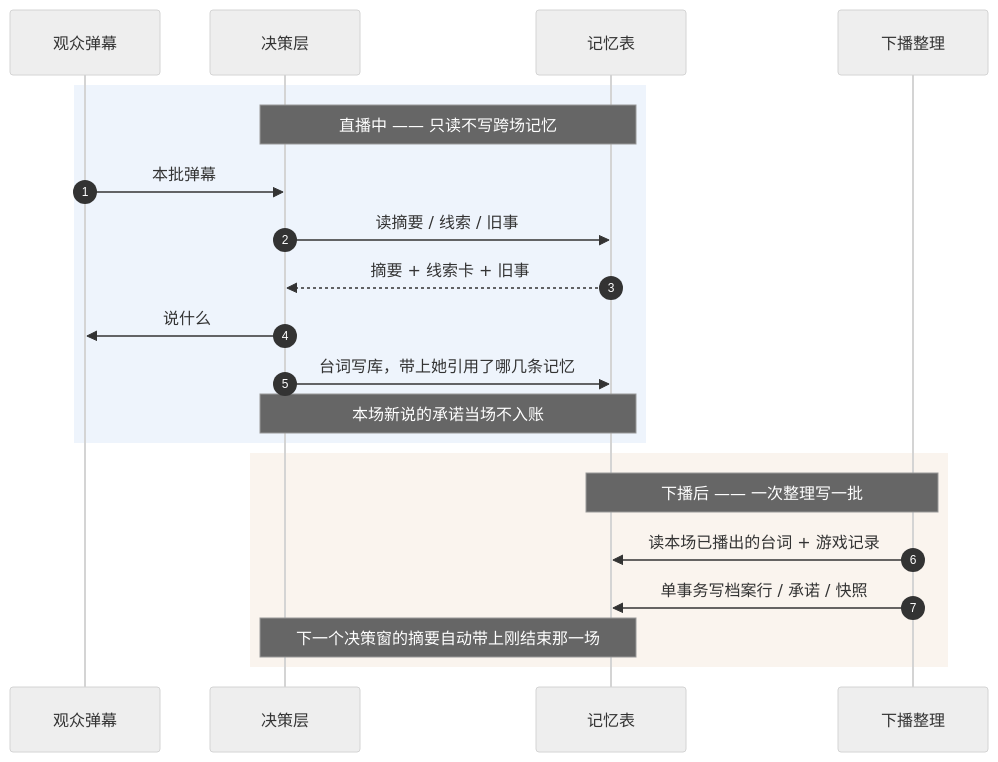
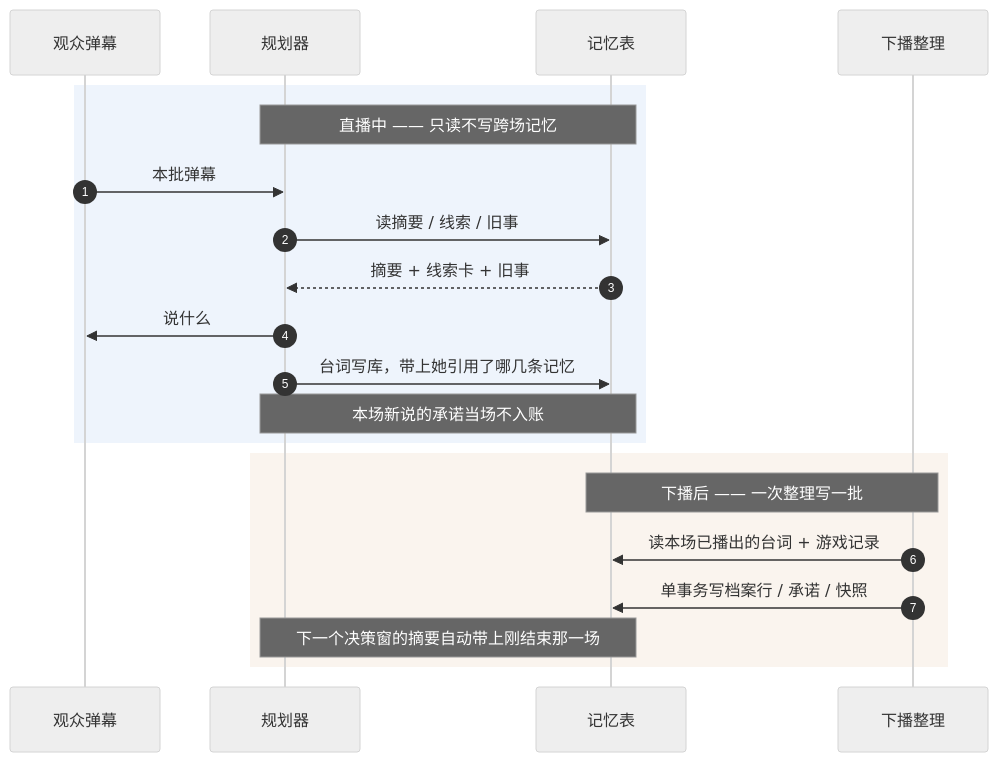
The second of 10 diagrams in docs/architecture/streamer-memory.md (Mai-with-u/Amaidesu), drawn with Mermaid (neutral theme) before and after one commit. The commit also changed other lines of this file and 106 other files, not shown here.

````diff
--- a/docs/architecture/streamer-memory.md
+++ b/docs/architecture/streamer-memory.md
@@ -77,25 +77,25 @@
 ```mermaid
 sequenceDiagram
     autonumber
     participant D as 观众弹幕
-    participant PL as 决策层
+    participant PL as 规划器
     participant DB as 记忆表
     participant SE as 下播整理
 
     rect rgb(238, 244, 252)
         Note over PL,DB: 直播中 —— 只读不写跨场记忆
         D->>PL: 本批弹幕
         PL->>DB: 读摘要 / 线索 / 旧事
         DB-->>PL: 摘要 + 线索卡 + 旧事
         PL->>D: 说什么
         PL->>DB: 台词写库，带上她引用了哪几条记忆
         Note over PL,DB: 本场新说的承诺当场不入账
     end
 
     rect rgb(250, 244, 238)
         Note over SE,DB: 下播后 —— 一次整理写一批
         SE->>DB: 读本场已播出的台词 + 游戏记录
         SE->>DB: 单事务写档案行 / 承诺 / 快照
         Note over PL,DB: 下一个决策窗的摘要自动带上刚结束那一场
     end
 ```
````
